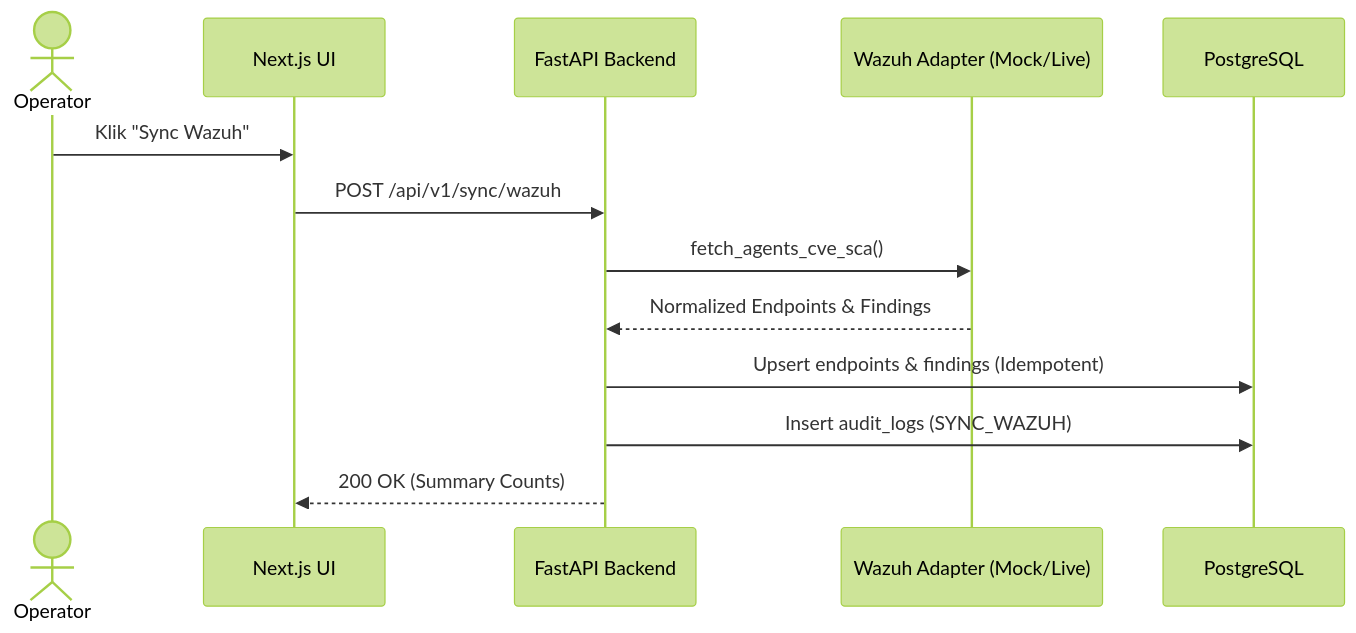
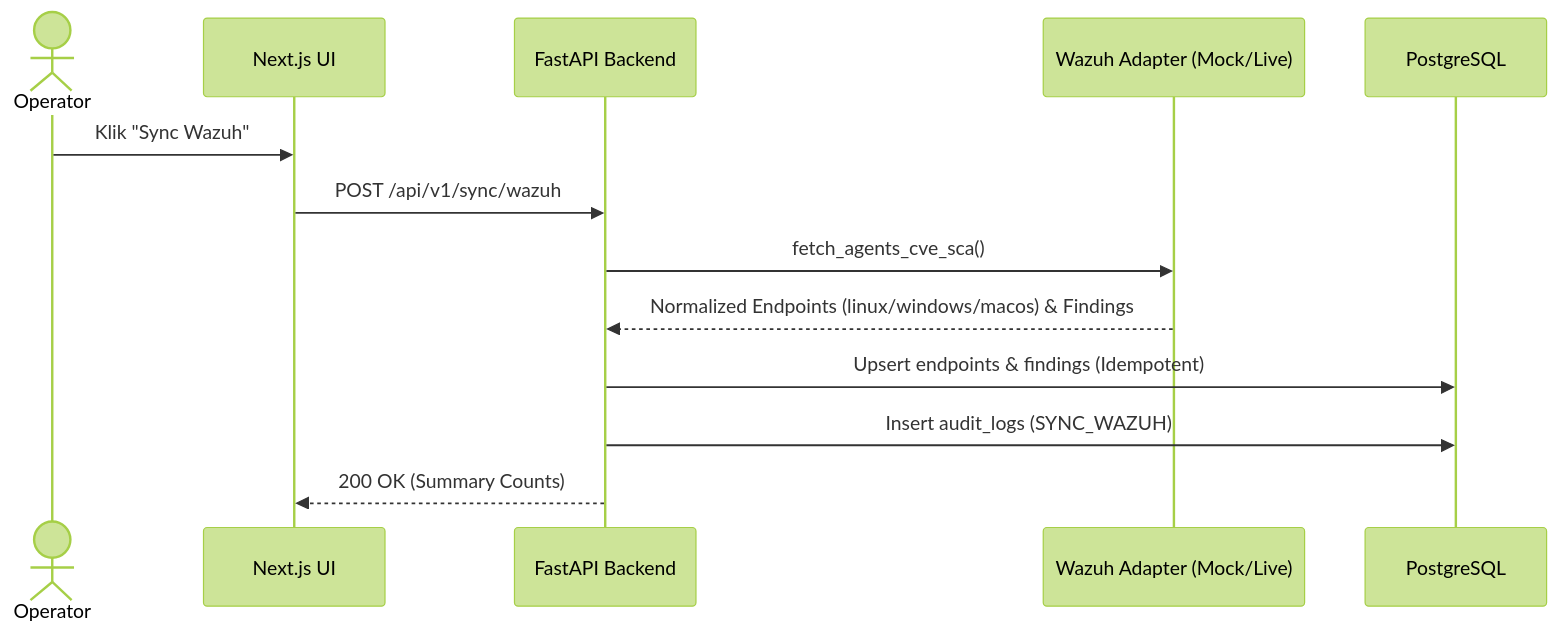
Before and after one commit to hardiyan46/Q-Shields: the second of 5 diagrams in docs/PRD-Phase-1.md, drawn with Mermaid (forest theme). The commit also changed other lines of this file and 1 other file, not shown here.

Commit message:
docs: add PROJECT_SPEC.md and align PRD-Phase-1.md for linux, windows, and macos

````diff
--- a/docs/PRD-Phase-1.md
+++ b/docs/PRD-Phase-1.md
@@ -151,16 +158,16 @@
 ```mermaid
 sequenceDiagram
     actor Op as Operator
     participant UI as Next.js UI
     participant API as FastAPI Backend
     participant Adapter as Wazuh Adapter (Mock/Live)
     participant DB as PostgreSQL
 
     Op->>UI: Klik "Sync Wazuh"
     UI->>API: POST /api/v1/sync/wazuh
     API->>Adapter: fetch_agents_cve_sca()
-    Adapter-->>API: Normalized Endpoints & Findings
+    Adapter-->>API: Normalized Endpoints (linux/windows/macos) & Findings
     API->>DB: Upsert endpoints & findings (Idempotent)
     API->>DB: Insert audit_logs (SYNC_WAZUH)
     API-->>UI: 200 OK (Summary Counts)
 ```
````
